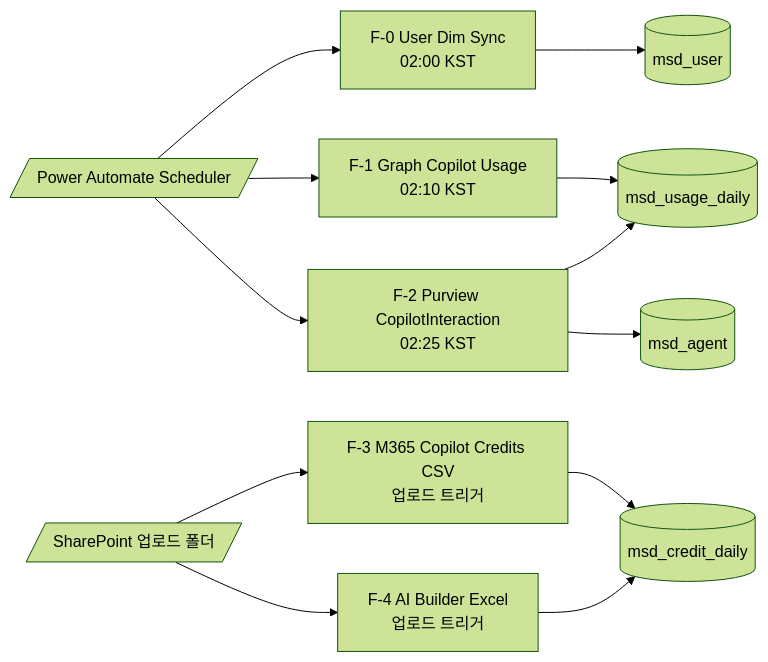
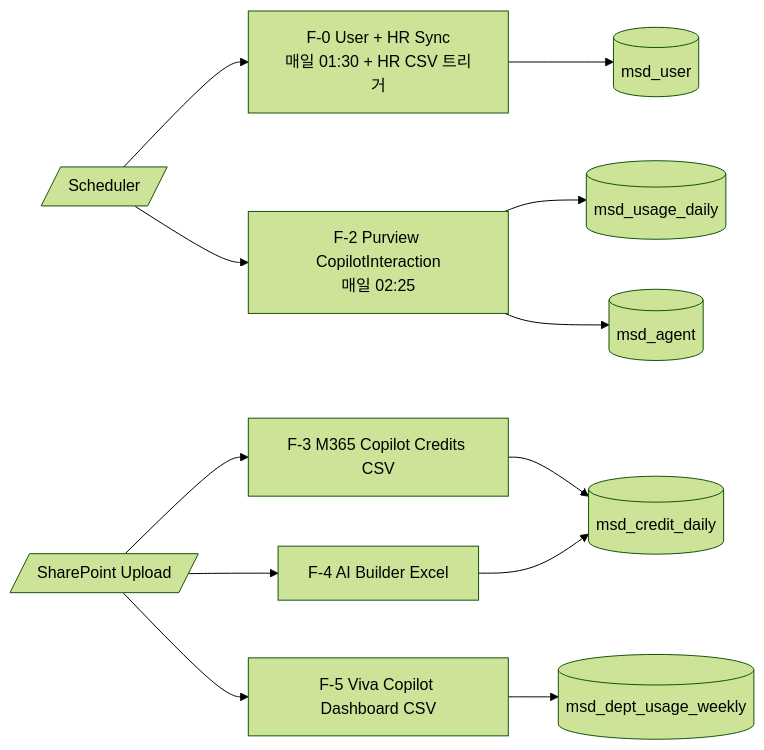
The second of 2 diagrams in docs/designs/20260625_M365_Copilot_사용자별_사용량_대시보드.md (tlsqhdrbek-debug/ms-design-agents), drawn with Mermaid (forest theme) before and after one commit. The commit also changed other lines of this file, not shown here.

First line of the commit message:
Update design to v2.1: Viva CSV + AIB consolidation + SCD

````diff
--- a/docs/designs/20260625_M365_Copilot_사용자별_사용량_대시보드.md
+++ b/docs/designs/20260625_M365_Copilot_사용자별_사용량_대시보드.md
@@ -175,18 +209,18 @@
 ```mermaid
 flowchart LR
-    SCH[/Power Automate Scheduler/]
-    SP[/SharePoint 업로드 폴더/]
+    SCH[/Scheduler/]
+    SP[/SharePoint Upload/]
 
-    SCH --> F0[F-0 User Dim Sync<br/>02:00 KST]
-    SCH --> F1[F-1 Graph Copilot Usage<br/>02:10 KST]
-    SCH --> F2[F-2 Purview CopilotInteraction<br/>02:25 KST]
-    SP  --> F3[F-3 M365 Copilot Credits CSV<br/>업로드 트리거]
-    SP  --> F4[F-4 AI Builder Excel<br/>업로드 트리거]
+    SCH --> F0[F-0 User + HR Sync<br/>매일 01:30 + HR CSV 트리거]
+    SCH --> F2[F-2 Purview CopilotInteraction<br/>매일 02:25]
+    SP  --> F3[F-3 M365 Copilot Credits CSV]
+    SP  --> F4[F-4 AI Builder Excel]
+    SP  --> F5[F-5 Viva Copilot Dashboard CSV]
 
     F0 --> DV_USER[(msd_user)]
-    F1 --> DV_USAGE[(msd_usage_daily)]
-    F2 --> DV_USAGE
+    F2 --> DV_USAGE[(msd_usage_daily)]
     F2 --> DV_AGENT[(msd_agent)]
     F3 --> DV_CREDIT[(msd_credit_daily)]
     F4 --> DV_CREDIT
+    F5 --> DV_DEPT[(msd_dept_usage_weekly)]
 ```
````
